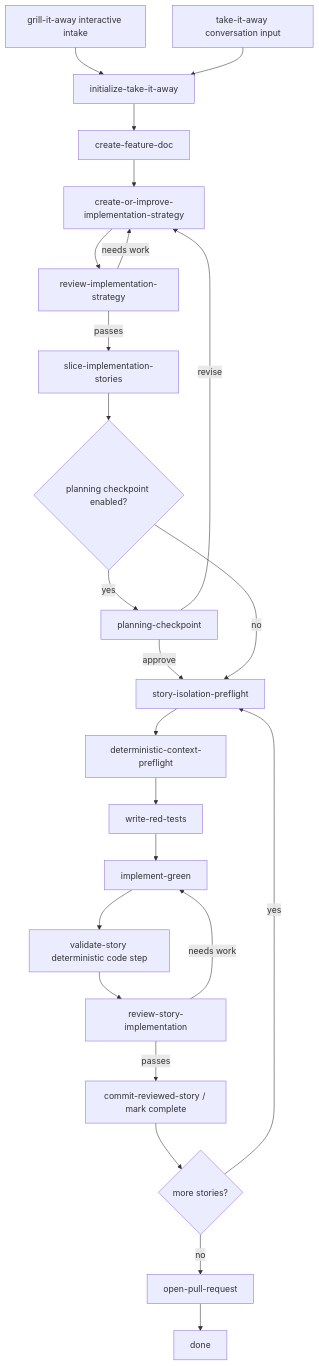
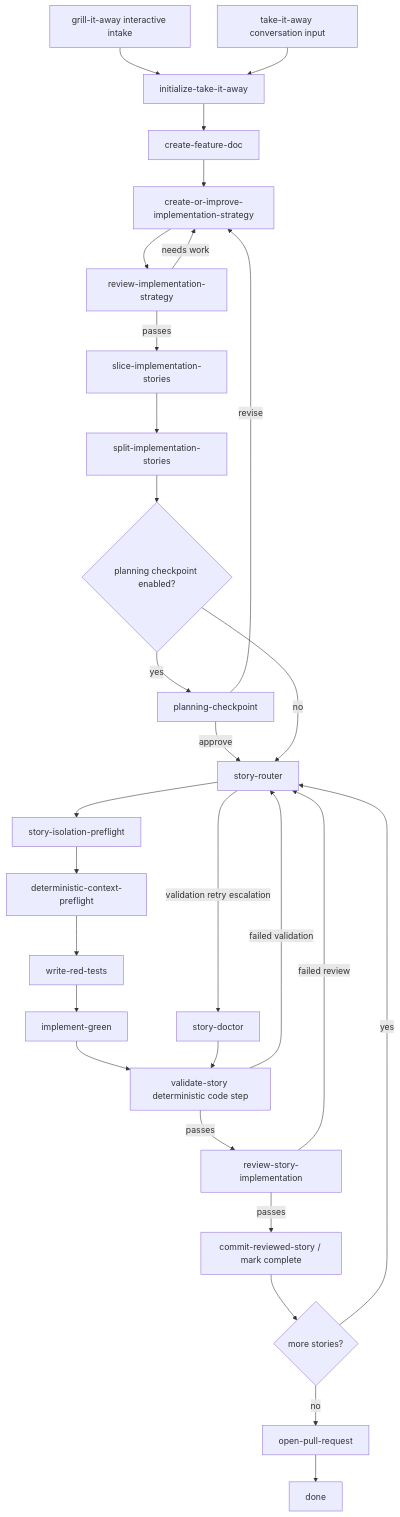
The diagram in packages/create-flows/README.md (chily-john/TrailStep), drawn with Mermaid before and after one commit. The commit also changed other lines of this file and 10 other files, not shown here.

````diff
--- a/packages/create-flows/README.md
+++ b/packages/create-flows/README.md
@@ -84,26 +84,31 @@
 ```mermaid
 flowchart TD
   A[grill-it-away interactive intake] --> B1[initialize-take-it-away]
   B[take-it-away conversation input] --> B1
   B1 --> C[create-feature-doc]
   C --> D[create-or-improve-implementation-strategy]
   D --> E[review-implementation-strategy]
   E -->|needs work| D
   E -->|passes| F[slice-implementation-stories]
-  F --> P{planning checkpoint enabled?}
+  F --> F2[split-implementation-stories]
+  F2 --> P{planning checkpoint enabled?}
   P -->|yes| Q[planning-checkpoint]
-  Q -->|approve| G[story-isolation-preflight]
+  Q -->|approve| R0[story-router]
   Q -->|revise| D
-  P -->|no| G
+  P -->|no| R0
+  R0 --> G[story-isolation-preflight]
   G --> G2[deterministic-context-preflight]
   G2 --> R[write-red-tests]
   R --> S[implement-green]
   S --> T[validate-story deterministic code step]
-  T --> H[review-story-implementation]
-  H -->|needs work| S
+  T -->|failed validation| R0
+  T -->|passes| H[review-story-implementation]
+  H -->|failed review| R0
   H -->|passes| I[commit-reviewed-story / mark complete]
   I --> J{more stories?}
-  J -->|yes| G
+  J -->|yes| R0
   J -->|no| K[open-pull-request]
   K --> L[done]
+  R0 -->|validation retry escalation| SD[story-doctor]
+  SD --> T
 ```
````
